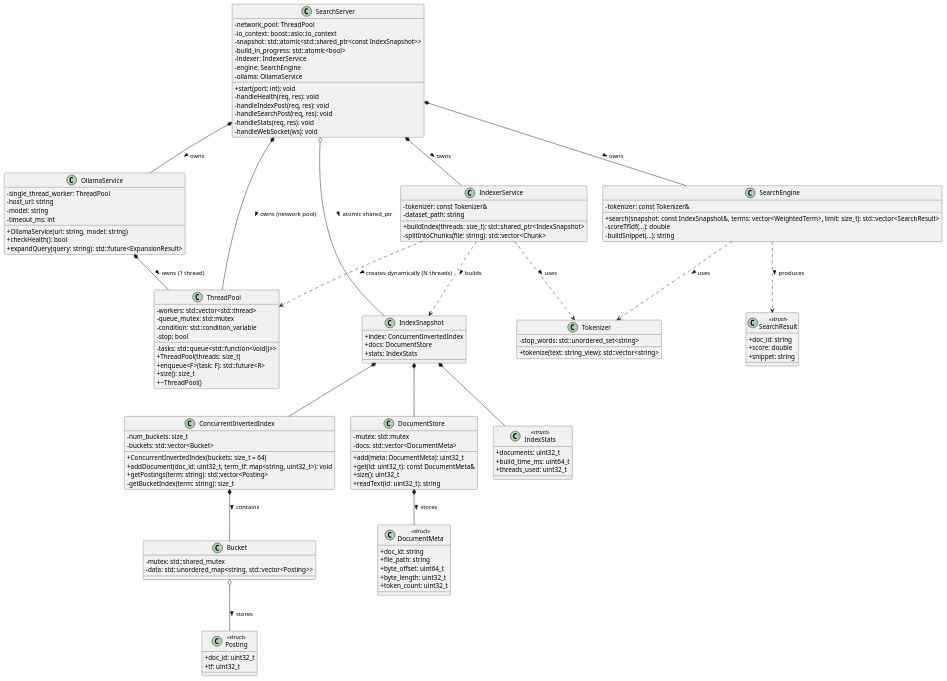
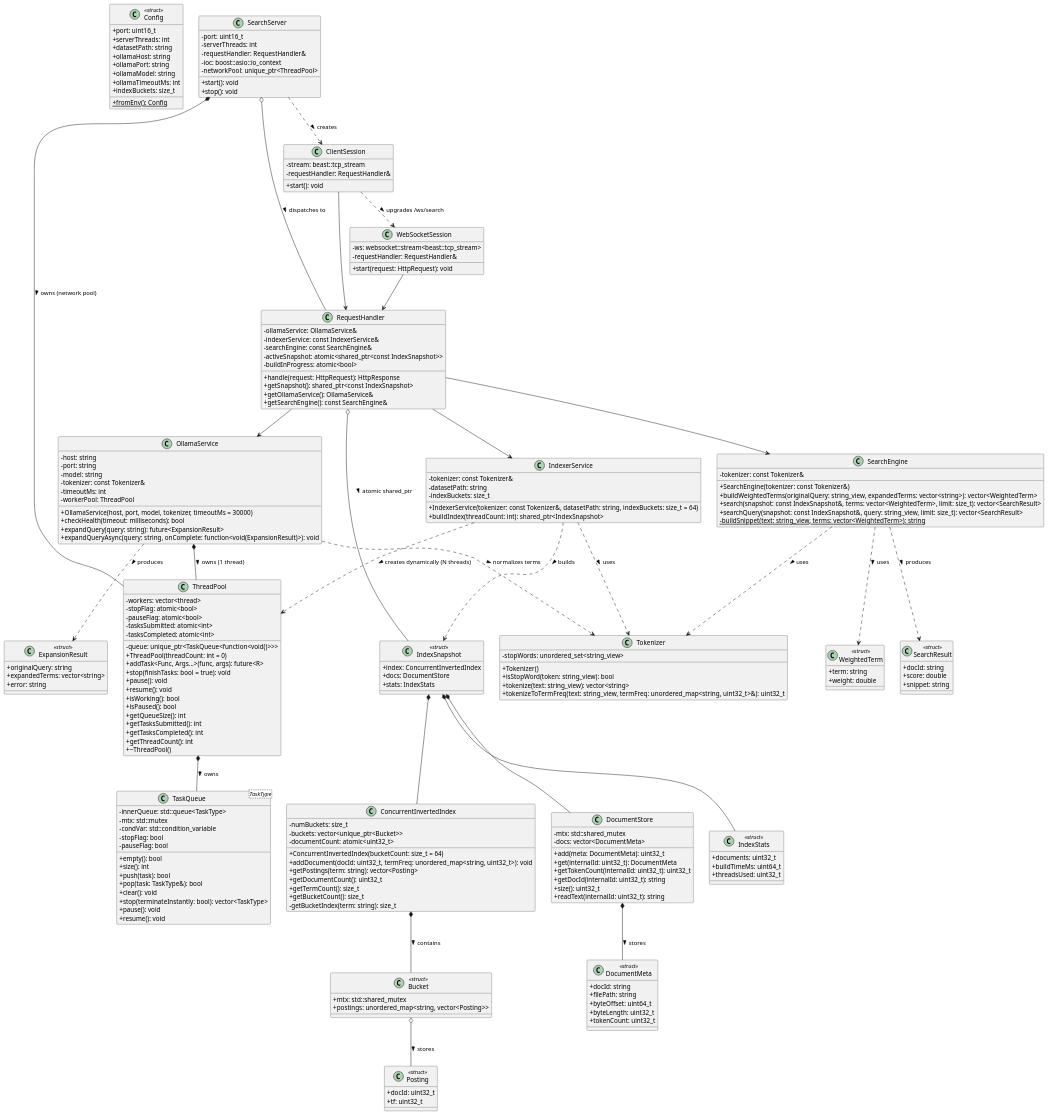
The diagram in docs/diagrams/md/uml_class_diagram.md (fannulain/Concurrent-Search-Engine), drawn with PlantUML before and after one commit. The commit also changed 3 other files, not shown here.

Commit message:
docs: updated SRS, UML class diagram, architecture guide, and README

```diff
--- a/docs/diagrams/md/uml_class_diagram.md
+++ b/docs/diagrams/md/uml_class_diagram.md
@@ -1,117 +1,199 @@
 @startuml
 skinparam classAttributeIconSize 0
 
+class Config <<struct>> {
+  + port: uint16_t
+  + serverThreads: int
+  + datasetPath: string
+  + ollamaHost: string
+  + ollamaPort: string
+  + ollamaModel: string
+  + ollamaTimeoutMs: int
+  + indexBuckets: size_t
+  + {static} fromEnv(): Config
+}
+
+class "TaskQueue<TaskType>" as TaskQueue {
+  - innerQueue: std::queue<TaskType>
+  - mtx: std::mutex
+  - condVar: std::condition_variable
+  - stopFlag: bool
+  - pauseFlag: bool
+  + empty(): bool
+  + size(): int
+  + push(task): bool
+  + pop(task: TaskType&): bool
+  + clear(): void
+  + stop(terminateInstantly: bool): vector<TaskType>
+  + pause(): void
+  + resume(): void
+}
+
 class ThreadPool {
-  - workers: std::vector<std::thread>
-  - tasks: std::queue<std::function<void()>>
-  - queue_mutex: std::mutex
-  - condition: std::condition_variable
-  - stop: bool
-  + ThreadPool(threads: size_t)
-  + enqueue<F>(task: F): std::future<R>
-  + size(): size_t
+  - queue: unique_ptr<TaskQueue<function<void()>>>
+  - workers: vector<thread>
+  - stopFlag: atomic<bool>
+  - pauseFlag: atomic<bool>
+  - tasksSubmitted: atomic<int>
+  - tasksCompleted: atomic<int>
+  + ThreadPool(threadCount: int = 0)
+  + addTask<Func, Args...>(func, args): future<R>
+  + stop(finishTasks: bool = true): void
+  + pause(): void
+  + resume(): void
+  + isWorking(): bool
+  + isPaused(): bool
+  + getQueueSize(): int
+  + getTasksSubmitted(): int
+  + getTasksCompleted(): int
+  + getThreadCount(): int
   + ~ThreadPool()
 }
 
 class Tokenizer {
-  - stop_words: std::unordered_set<string>
-  + tokenize(text: string_view): std::vector<string>
+  - stopWords: unordered_set<string_view>
+  + Tokenizer()
+  + isStopWord(token: string_view): bool
+  + tokenize(text: string_view): vector<string>
+  + tokenizeToTermFreq(text: string_view, termFreq: unordered_map<string, uint32_t>&): uint32_t
 }
 
 class Posting <<struct>> {
-  + doc_id: uint32_t
+  + docId: uint32_t
   + tf: uint32_t
 }
 
-class Bucket {
-  - mutex: std::shared_mutex
-  - data: std::unordered_map<string, std::vector<Posting>>
+class Bucket <<struct>> {
+  + mtx: std::shared_mutex
+  + postings: unordered_map<string, vector<Posting>>
 }
 
 class ConcurrentInvertedIndex {
-  - num_buckets: size_t
-  - buckets: std::vector<Bucket>
-  + ConcurrentInvertedIndex(buckets: size_t = 64)
-  + addDocument(doc_id: uint32_t, term_tf: map<string, uint32_t>): void
-  + getPostings(term: string): std::vector<Posting>
+  - numBuckets: size_t
+  - buckets: vector<unique_ptr<Bucket>>
+  - documentCount: atomic<uint32_t>
+  + ConcurrentInvertedIndex(bucketCount: size_t = 64)
+  + addDocument(docId: uint32_t, termFreq: unordered_map<string, uint32_t>): void
+  + getPostings(term: string): vector<Posting>
+  + getDocumentCount(): uint32_t
+  + getTermCount(): size_t
+  + getBucketCount(): size_t
   - getBucketIndex(term: string): size_t
 }
 
 class DocumentMeta <<struct>> {
-  + doc_id: string
-  + file_path: string
-  + byte_offset: uint64_t
-  + byte_length: uint32_t
-  + token_count: uint32_t
+  + docId: string
+  + filePath: string
+  + byteOffset: uint64_t
+  + byteLength: uint32_t
+  + tokenCount: uint32_t
 }
 
 class DocumentStore {
-  - mutex: std::mutex
-  - docs: std::vector<DocumentMeta>
+  - mtx: std::shared_mutex
+  - docs: vector<DocumentMeta>
   + add(meta: DocumentMeta): uint32_t
-  + get(id: uint32_t): const DocumentMeta&
+  + get(internalId: uint32_t): DocumentMeta
+  + getTokenCount(internalId: uint32_t): uint32_t
+  + getDocId(internalId: uint32_t): string
   + size(): uint32_t
-  + readText(id: uint32_t): string
+  + readText(internalId: uint32_t): string
 }
 
 class IndexStats <<struct>> {
   + documents: uint32_t
-  + build_time_ms: uint64_t
-  + threads_used: uint32_t
+  + buildTimeMs: uint64_t
+  + threadsUsed: uint32_t
 }
 
-class IndexSnapshot {
+class IndexSnapshot <<struct>> {
   + index: ConcurrentInvertedIndex
   + docs: DocumentStore
   + stats: IndexStats
 }
 
+class WeightedTerm <<struct>> {
+  + term: string
+  + weight: double
+}
+
 class SearchResult <<struct>> {
-  + doc_id: string
+  + docId: string
   + score: double
   + snippet: string
 }
 
 class SearchEngine {
   - tokenizer: const Tokenizer&
-  + search(snapshot: const IndexSnapshot&, terms: vector<WeightedTerm>, limit: size_t): std::vector<SearchResult>
-  - scoreTfIdf(...): double
-  - buildSnippet(...): string
+  + SearchEngine(tokenizer: const Tokenizer&)
+  + buildWeightedTerms(originalQuery: string_view, expandedTerms: vector<string>): vector<WeightedTerm>
+  + search(snapshot: const IndexSnapshot&, terms: vector<WeightedTerm>, limit: size_t): vector<SearchResult>
+  + searchQuery(snapshot: const IndexSnapshot&, query: string_view, limit: size_t): vector<SearchResult>
+  - {static} buildSnippet(text: string_view, terms: vector<WeightedTerm>): string
 }
 
 class IndexerService {
   - tokenizer: const Tokenizer&
-  - dataset_path: string
-  + buildIndex(threads: size_t): std::shared_ptr<IndexSnapshot>
-  - splitIntoChunks(file: string): std::vector<Chunk>
+  - datasetPath: string
+  - indexBuckets: size_t
+  + IndexerService(tokenizer: const Tokenizer&, datasetPath: string, indexBuckets: size_t = 64)
+  + buildIndex(threadCount: int): shared_ptr<IndexSnapshot>
+}
+
+class ExpansionResult <<struct>> {
+  + originalQuery: string
+  + expandedTerms: vector<string>
+  + error: string
 }
 
 class OllamaService {
-  - single_thread_worker: ThreadPool
-  - host_url: string
+  - host: string
+  - port: string
   - model: string
-  - timeout_ms: int
-  + OllamaService(url: string, model: string)
-  + checkHealth(): bool
-  + expandQuery(query: string): std::future<ExpansionResult>
+  - tokenizer: const Tokenizer&
+  - timeoutMs: int
+  - workerPool: ThreadPool
+  + OllamaService(host, port, model, tokenizer, timeoutMs = 30000)
+  + checkHealth(timeout: milliseconds): bool
+  + expandQuery(query: string): future<ExpansionResult>
+  + expandQueryAsync(query: string, onComplete: function<void(ExpansionResult)>): void
+}
+
+class RequestHandler {
+  - ollamaService: OllamaService&
+  - indexerService: const IndexerService&
+  - searchEngine: const SearchEngine&
+  - activeSnapshot: atomic<shared_ptr<const IndexSnapshot>>
+  - buildInProgress: atomic<bool>
+  + handle(request: HttpRequest): HttpResponse
+  + getSnapshot(): shared_ptr<const IndexSnapshot>
+  + getOllamaService(): OllamaService&
+  + getSearchEngine(): const SearchEngine&
+}
+
+class ClientSession {
+  - stream: beast::tcp_stream
+  - requestHandler: RequestHandler&
+  + start(): void
+}
+
+class WebSocketSession {
+  - ws: websocket::stream<beast::tcp_stream>
+  - requestHandler: RequestHandler&
+  + start(request: HttpRequest): void
 }
 
 class SearchServer {
-  - network_pool: ThreadPool
-  - io_context: boost::asio::io_context
-  - snapshot: std::atomic<std::shared_ptr<const IndexSnapshot>>
-  - build_in_progress: std::atomic<bool>
-  - indexer: IndexerService
-  - engine: SearchEngine
-  - ollama: OllamaService
-  + start(port: int): void
-  - handleHealth(req, res): void
-  - handleIndexPost(req, res): void
-  - handleSearchPost(req, res): void
-  - handleStats(req, res): void
-  - handleWebSocket(ws): void
+  - port: uint16_t
+  - serverThreads: int
+  - requestHandler: RequestHandler&
+  - ioc: boost::asio::io_context
+  - networkPool: unique_ptr<ThreadPool>
+  + start(): void
+  + stop(): void
 }
 
+ThreadPool *-- TaskQueue : owns >
 ConcurrentInvertedIndex *-- Bucket : contains >
 Bucket o-- Posting : stores >
 DocumentStore *-- DocumentMeta : stores >
@@ -119,14 +201,22 @@
 IndexSnapshot *-- DocumentStore
 IndexSnapshot *-- IndexStats
 SearchServer *-- ThreadPool : owns (network pool) >
-SearchServer o-- IndexSnapshot : atomic shared_ptr >
-SearchServer *-- IndexerService : owns >
-SearchServer *-- SearchEngine : owns >
-SearchServer *-- OllamaService : owns >
+SearchServer o-- RequestHandler : dispatches to >
+SearchServer ..> ClientSession : creates >
+ClientSession ..> WebSocketSession : upgrades /ws/search >
+ClientSession --> RequestHandler
+WebSocketSession --> RequestHandler
+RequestHandler o-- IndexSnapshot : atomic shared_ptr >
+RequestHandler --> IndexerService
+RequestHandler --> SearchEngine
+RequestHandler --> OllamaService
 IndexerService ..> ThreadPool : creates dynamically (N threads) >
 IndexerService ..> IndexSnapshot : builds >
 IndexerService ..> Tokenizer : uses >
 SearchEngine ..> Tokenizer : uses >
+SearchEngine ..> WeightedTerm : uses >
 SearchEngine ..> SearchResult : produces >
 OllamaService *-- ThreadPool : owns (1 thread) >
+OllamaService ..> Tokenizer : normalizes terms >
+OllamaService ..> ExpansionResult : produces >
 @enduml
```
